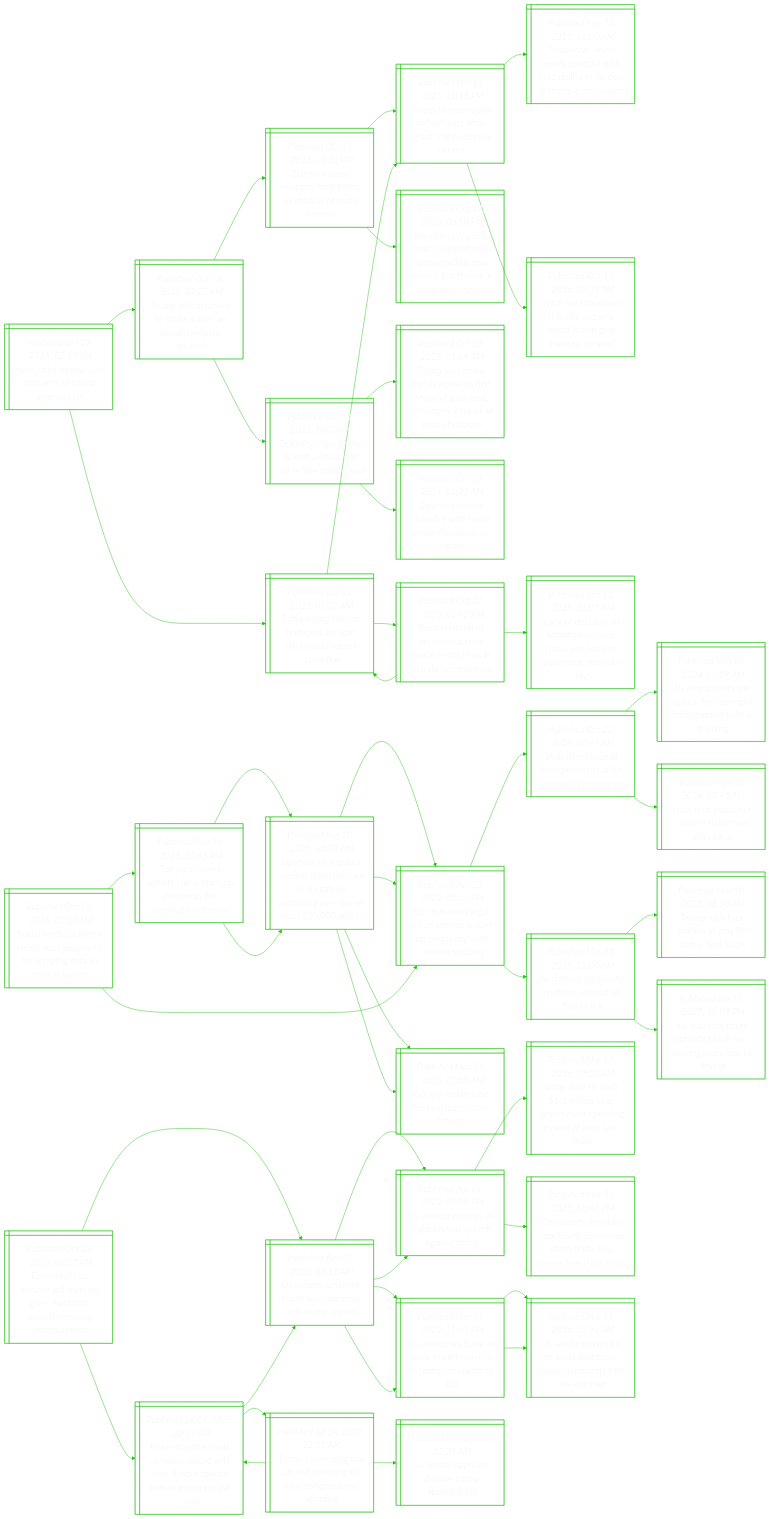
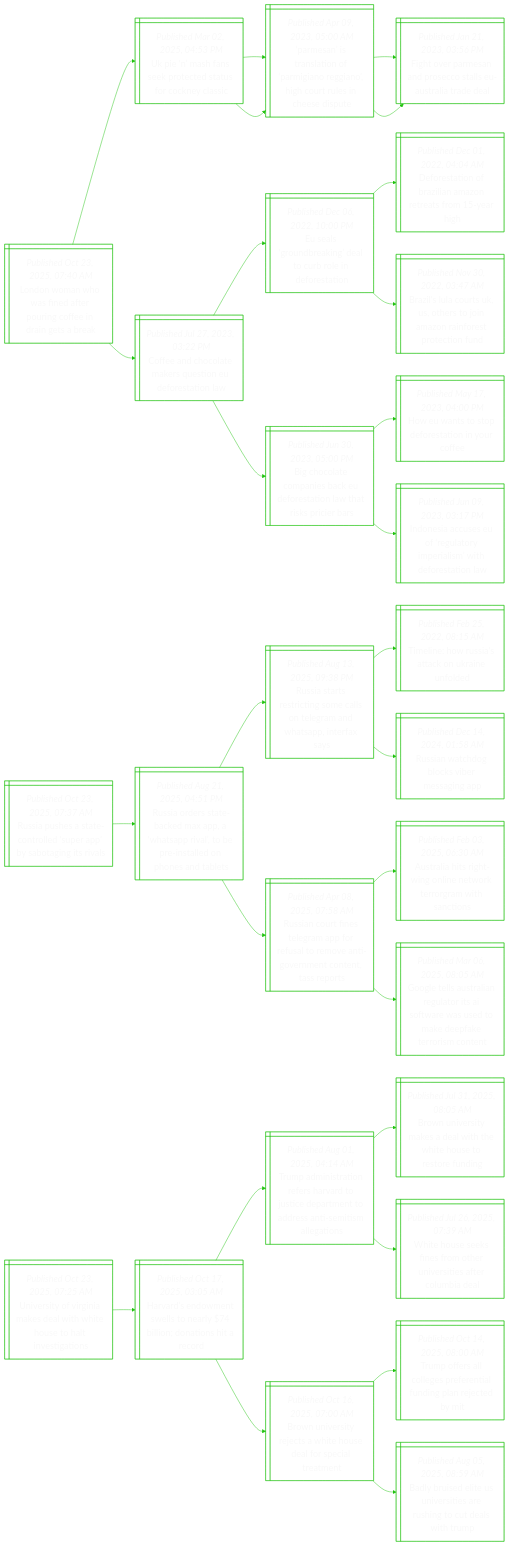
One commit to notJmes/notJmes changed the diagram in README.md. Above: the diagram before and after it, drawn with Mermaid. The commit also changed other lines of this file, not shown here.

````diff
--- a/README.md
+++ b/README.md
@@ -16,142 +16,94 @@
 flowchart LR
 classDef txtsize font-size:20px;
 
-Nhrsonrekt@{ shape: win-pane, label: "_Published Oct 23, 2025, 02:37 AM_
-Nato chief brushes off concerns of trump-zelensky rift" }
-TtZsmdshlss@{ shape: win-pane, label: "_Published Oct 18, 2025, 03:27 AM_
-Trump tells zelensky to ‘make a deal’ as tomahawk plea misfires" }
-Zseafrnouu@{ shape: win-pane, label: "_Published Oct 17, 2025, 10:31 PM_
-Zelensky seeks weapons from trump in shadow of putin summit" }
-Tttndtrttcke@{ shape: win-pane, label: "_Published Oct 16, 2025, 11:15 PM_
-Trump to meet putin in budapest after ‘great’ call to discuss ukraine" }
-Kisnpihniwbelds@{ shape: win-pane, label: "_Published Oct 17, 2025, 06:50 PM_
-Kremlin says putin-trump summit may happen within two weeks, but there’s a lot to do first" }
-Zsguerwkhds@{ shape: win-pane, label: "_Published Oct 11, 2025, 10:10 PM_
-Zelensky urges trump to end ukraine war like in ‘the middle east’" }
-TssHaossaaorslaoe@{ shape: win-pane, label: "_Published Oct 09, 2025, 05:09 AM_
-Trump says israel, hamas agree on first phase of gaza deal, allowing release of all israeli hostages" }
-Zsneitsdsit@{ shape: win-pane, label: "_Published Oct 11, 2024, 01:22 AM_
-Zelensky denies ceasefire with russia under discussion on trip" }
-PTtiaodrieei@{ shape: win-pane, label: "_Published Oct 22, 2025, 01:12 AM_
-Putin-trump talks in budapest on hold after russia rejects ceasefire" }
-Tttndtrttcke@{ shape: win-pane, label: "_Published Oct 16, 2025, 11:15 PM_
-Trump to meet putin in budapest after ‘great’ call to discuss ukraine" }
-Twarntceydtpni@{ shape: win-pane, label: "_Published Aug 16, 2025, 11:00 AM_
-Takeaways: warm words contrast with cold reality of no deal at trump-putin summit" }
-Wramldirieke@{ shape: win-pane, label: "_Published Oct 15, 2025, 08:35 PM_
-What are tomahawk missiles and why might trump give them to ukraine?" }
-Raedikeesivoi@{ shape: win-pane, label: "_Published Oct 22, 2025, 01:52 AM_
-Russia reiterated previous ukraine peace terms to us in private communique" }
-PTtiaodrieei@{ shape: win-pane, label: "_Published Oct 22, 2025, 01:12 AM_
-Putin-trump talks in budapest on hold after russia rejects ceasefire" }
-Lfsnhmuledmeks@{ shape: win-pane, label: "_Published Oct 22, 2025, 01:07 AM_
-Lack of decision on tomahawks made russia less keen on diplomacy, zelensky says" }
+Lnnaeeroiisa@{ shape: win-pane, label: "_Published Oct 23, 2025, 07:40 AM_
+London woman who was fined after pouring coffee in drain gets a break" }
+Unfeoetrna@{ shape: win-pane, label: "_Published Mar 02, 2025, 04:53 PM_
+Uk pie ‘n’ mash fans seek protected status for cockney classic" }
+PstlnragoCries@{ shape: win-pane, label: "_Published Apr 09, 2023, 05:00 AM_
+‘parmesan’ is translation of ‘parmigiano reggiano’, high court rules in cheese dispute" }
+FoaapcaUrtd@{ shape: win-pane, label: "_Published Jan 21, 2023, 03:56 PM_
+Fight over parmesan and prosecco stalls eu-australia trade deal" }
+PstlnragoCries@{ shape: win-pane, label: "_Published Apr 09, 2023, 05:00 AM_
+‘parmesan’ is translation of ‘parmigiano reggiano’, high court rules in cheese dispute" }
+FoaapcaUrtd@{ shape: win-pane, label: "_Published Jan 21, 2023, 03:56 PM_
+Fight over parmesan and prosecco stalls eu-australia trade deal" }
+Cehakuoeso@{ shape: win-pane, label: "_Published Jul 27, 2023, 03:22 PM_
+Coffee and chocolate makers question eu deforestation law" }
+Eluegtbioa@{ shape: win-pane, label: "_Published Dec 06, 2022, 10:00 PM_
+Eu seals ‘groundbreaking’ deal to curb role in deforestation" }
+DeiBlmraor@{ shape: win-pane, label: "_Published Dec 01, 2022, 04:04 AM_
+Deforestation of brazilian amazon retreats from 15-year high" }
+BlatSroaarrtu@{ shape: win-pane, label: "_Published Nov 30, 2022, 03:47 AM_
+Brazil's lula courts uk, us, others to join amazon rainforest protection fund" }
+BotpsEoalakca@{ shape: win-pane, label: "_Published Jun 30, 2023, 05:00 PM_
+Big chocolate companies back eu deforestation law that risks pricier bars" }
+Hwtprtnce@{ shape: win-pane, label: "_Published May 17, 2023, 04:00 PM_
+How eu wants to stop deforestation in your coffee" }
+Iecsraiimdeiw@{ shape: win-pane, label: "_Published Jun 09, 2023, 03:17 PM_
+Indonesia accuses eu of ‘regulatory imperialism’ with deforestation law" }
 
-Nhrsonrekt:::txtsize --> TtZsmdshlss:::txtsize
-TtZsmdshlss:::txtsize --> Zseafrnouu:::txtsize
-Zseafrnouu:::txtsize --> Tttndtrttcke:::txtsize
-Zseafrnouu:::txtsize --> Kisnpihniwbelds:::txtsize
-TtZsmdshlss:::txtsize --> Zsguerwkhds:::txtsize
-Zsguerwkhds:::txtsize --> TssHaossaaorslaoe:::txtsize
-Zsguerwkhds:::txtsize --> Zsneitsdsit:::txtsize
-Nhrsonrekt:::txtsize --> PTtiaodrieei:::txtsize
-PTtiaodrieei:::txtsize --> Tttndtrttcke:::txtsize
-Tttndtrttcke:::txtsize --> Twarntceydtpni:::txtsize
-Tttndtrttcke:::txtsize --> Wramldirieke:::txtsize
-PTtiaodrieei:::txtsize --> Raedikeesivoi:::txtsize
-Raedikeesivoi:::txtsize --> PTtiaodrieei:::txtsize
-Raedikeesivoi:::txtsize --> Lfsnhmuledmeks:::txtsize
+Lnnaeeroiisa:::txtsize --> Unfeoetrna:::txtsize
+Unfeoetrna:::txtsize --> PstlnragoCries:::txtsize
+PstlnragoCries:::txtsize --> FoaapcaUrtd:::txtsize
+Unfeoetrna:::txtsize --> PstlnragoCries:::txtsize
+PstlnragoCries:::txtsize --> FoaapcaUrtd:::txtsize
+Lnnaeeroiisa:::txtsize --> Cehakuoeso:::txtsize
+Cehakuoeso:::txtsize --> Eluegtbioa:::txtsize
+Eluegtbioa:::txtsize --> DeiBlmraor:::txtsize
+Eluegtbioa:::txtsize --> BlatSroaarrtu:::txtsize
+Cehakuoeso:::txtsize --> BotpsEoalakca:::txtsize
+BotpsEoalakca:::txtsize --> Hwtprtnce:::txtsize
+BotpsEoalakca:::txtsize --> Iecsraiimdeiw:::txtsize
 
-Slafesexoadons@{ shape: win-pane, label: "_Published Oct 23, 2025, 02:30 AM_
-Social media platform reddit sues perplexity for scraping data to train ai system" }
-Tpwlutplyogoo@{ shape: win-pane, label: "_Published Aug 26, 2025, 03:45 PM_
-Top japan news outlets sue ai start-up perplexity for copyright violations" }
-JeweihnUtplyuaal@{ shape: win-pane, label: "_Published Aug 10, 2025, 10:39 AM_
-Japanese newspaper yomiuri shimbun sues us ai start-up perplexity over use of about 120,000 articles" }
-BrnaiaArexvnsi@{ shape: win-pane, label: "_Published Jun 20, 2025, 05:15 PM_
-Bbc threatens legal action against ai start-up perplexity over content scraping" }
-GesfeCes@{ shape: win-pane, label: "_Published May 31, 2025, 01:50 AM_
-Google makes case for keeping chrome browser" }
-JeweihnUtplyuaal@{ shape: win-pane, label: "_Published Aug 10, 2025, 10:39 AM_
-Japanese newspaper yomiuri shimbun sues us ai start-up perplexity over use of about 120,000 articles" }
-BrnaiaArexvnsi@{ shape: win-pane, label: "_Published Jun 20, 2025, 05:15 PM_
-Bbc threatens legal action against ai start-up perplexity over content scraping" }
-GesfeCes@{ shape: win-pane, label: "_Published May 31, 2025, 01:50 AM_
-Google makes case for keeping chrome browser" }
-BrnaiaArexvnsi@{ shape: win-pane, label: "_Published Jun 20, 2025, 05:15 PM_
-Bbc threatens legal action against ai start-up perplexity over content scraping" }
-WtJaslyrrinn@{ shape: win-pane, label: "_Published Oct 22, 2024, 10:45 AM_
-Wall street journal sues perplexity ai for copyright infringement" }
-UsrOIogfeoIn@{ shape: win-pane, label: "_Published May 01, 2024, 06:59 AM_
-Us newspapers sue openai for copyright infringement over ai training" }
-HcntehsaI@{ shape: win-pane, label: "_Published Apr 08, 2024, 07:45 AM_
-How tech giants cut corners to harvest data for ai" }
-ArexometTk@{ shape: win-pane, label: "_Published Mar 22, 2025, 11:00 AM_
-Ai start-up perplexity confirms interest to buy tiktok" }
-Tsodiyido@{ shape: win-pane, label: "_Published Mar 10, 2025, 08:50 AM_
-Trump says four bidders in play for tiktok deal ‘soon’" }
-Uropsolnstm@{ shape: win-pane, label: "_Published Jan 17, 2025, 11:09 PM_
-Us supreme court upholds tiktok ban, leaving app’s fate to trump" }
+Raeanlppbisl@{ shape: win-pane, label: "_Published Oct 23, 2025, 07:37 AM_
+Russia pushes a state-controlled ‘super app’ by sabotaging its rivals" }
+RartkXWAvbilnett@{ shape: win-pane, label: "_Published Aug 21, 2025, 04:51 PM_
+Russia orders state-backed max app, a ‘whatsapp rival’, to be pre-installed on phones and tablets" }
+RattimleaWAtx@{ shape: win-pane, label: "_Published Aug 13, 2025, 09:38 PM_
+Russia starts restricting some calls on telegram and whatsapp, interfax says" }
+Tiwitnifd@{ shape: win-pane, label: "_Published Feb 25, 2022, 08:15 AM_
+Timeline: how russia's attack on ukraine unfolded" }
+Racbsraa@{ shape: win-pane, label: "_Published Dec 14, 2024, 01:58 AM_
+Russian watchdog blocks viber messaging app" }
+RareearsregncnSr@{ shape: win-pane, label: "_Published Apr 08, 2025, 07:58 AM_
+Russian court fines telegram app for refusal to remove anti-government content, tass reports" }
+AaignitTrwao@{ shape: win-pane, label: "_Published Feb 03, 2025, 06:30 AM_
+Australia hits right-wing online network terrorgram with sanctions" }
+Gesrnlisastefein@{ shape: win-pane, label: "_Published Mar 06, 2025, 08:05 AM_
+Google tells australian regulator its ai software was used to make deepfake terrorism content" }
 
-Slafesexoadons:::txtsize --> Tpwlutplyogoo:::txtsize
-Tpwlutplyogoo:::txtsize --> JeweihnUtplyuaal:::txtsize
-JeweihnUtplyuaal:::txtsize --> BrnaiaArexvnsi:::txtsize
-JeweihnUtplyuaal:::txtsize --> GesfeCes:::txtsize
-Tpwlutplyogoo:::txtsize --> JeweihnUtplyuaal:::txtsize
-JeweihnUtplyuaal:::txtsize --> BrnaiaArexvnsi:::txtsize
-JeweihnUtplyuaal:::txtsize --> GesfeCes:::txtsize
-Slafesexoadons:::txtsize --> BrnaiaArexvnsi:::txtsize
-BrnaiaArexvnsi:::txtsize --> WtJaslyrrinn:::txtsize
-WtJaslyrrinn:::txtsize --> UsrOIogfeoIn:::txtsize
-WtJaslyrrinn:::txtsize --> HcntehsaI:::txtsize
-BrnaiaArexvnsi:::txtsize --> ArexometTk:::txtsize
-ArexometTk:::txtsize --> Tsodiyido:::txtsize
-ArexometTk:::txtsize --> Uropsolnstm:::txtsize
+Raeanlppbisl:::txtsize --> RartkXWAvbilnett:::txtsize
+RartkXWAvbilnett:::txtsize --> RattimleaWAtx:::txtsize
+RattimleaWAtx:::txtsize --> Tiwitnifd:::txtsize
+RattimleaWAtx:::txtsize --> Racbsraa:::txtsize
+RartkXWAvbilnett:::txtsize --> RareearsregncnSr:::txtsize
+RareearsregncnSr:::txtsize --> AaignitTrwao:::txtsize
+RareearsregncnSr:::txtsize --> Gesrnlisastefein:::txtsize
 
-DrUaergmhepnmn@{ shape: win-pane, label: "_Published Oct 23, 2025, 01:37 AM_
-Democratic us senator jeff merkley gives marathon speech opposing trump agenda" }
-Uamsrhtnue@{ shape: win-pane, label: "_Published Apr 02, 2025, 08:11 AM_
-Us senator smashes record with marathon anti-trump speech" }
-Uaoagoshnu@{ shape: win-pane, label: "_Published Apr 01, 2025, 09:38 PM_
-Us senator mounts all-night protest speech against trump" }
-DistiUennbosu@{ shape: win-pane, label: "_Published Mar 28, 2025, 07:30 AM_
-Doge aims to slash $1.3 trillion in us government spending by end of may, says musk" }
-DrsogmeCttefre@{ shape: win-pane, label: "_Published Mar 31, 2025, 10:41 PM_
-Democratic senators urge trump to revamp china trade ties, revise free trade deals" }
-Uosaervopeg@{ shape: win-pane, label: "_Published Mar 15, 2025, 11:43 PM_
-Us democrats fume as some in party cave in to trump on spending bill" }
-Uasiasoumtnh@{ shape: win-pane, label: "_Published Mar 15, 2025, 06:31 AM_
-Us senate passes bill to avert shutdown, house democrats turn on schumer" }
-Uasiasoumtnh@{ shape: win-pane, label: "_Published Mar 15, 2025, 06:31 AM_
-Us senate passes bill to avert shutdown, house democrats turn on schumer" }
-HmreHrdnoeeTtle@{ shape: win-pane, label: "_Published Jul 04, 2025, 02:34 AM_
-Hakeem jeffries sets us house record with near 9-hour speech before trump tax bill vote" }
-Uamsrhtnue@{ shape: win-pane, label: "_Published Apr 02, 2025, 08:11 AM_
-Us senator smashes record with marathon anti-trump speech" }
-Uaoagoshnu@{ shape: win-pane, label: "_Published Apr 01, 2025, 09:38 PM_
-Us senator mounts all-night protest speech against trump" }
-Uosaervopeg@{ shape: win-pane, label: "_Published Mar 15, 2025, 11:43 PM_
-Us democrats fume as some in party cave in to trump on spending bill" }
-Tspaaegwosar@{ shape: win-pane, label: "_Published Jul 04, 2025, 02:55 AM_
-Trump’s sweeping tax-cut and spending bill wins congressional approval" }
-Uapssrpnl@{ shape: win-pane, label: "_Published Jul 02, 2025, 02:21 AM_
-Us senate approves divisive trump spending bill" }
-HmreHrdnoeeTtle@{ shape: win-pane, label: "_Published Jul 04, 2025, 02:34 AM_
-Hakeem jeffries sets us house record with near 9-hour speech before trump tax bill vote" }
+Urogmdiiuhnio@{ shape: win-pane, label: "_Published Oct 23, 2025, 07:25 AM_
+University of virginia makes deal with white house to halt investigations" }
+Hrdnlnyinnar@{ shape: win-pane, label: "_Published Oct 17, 2025, 03:05 AM_
+Harvard’s endowment swells to nearly $74 billion; donations hit a record" }
+TaiteHruertdaeseo@{ shape: win-pane, label: "_Published Aug 01, 2025, 04:14 AM_
+Trump administration refers harvard to justice department to address anti-semitism allegations" }
+BUrmawhtseei@{ shape: win-pane, label: "_Published Jul 31, 2025, 08:05 AM_
+Brown university makes a deal with the white house to restore funding" }
+WHsfftnssrme@{ shape: win-pane, label: "_Published Jul 26, 2025, 07:39 AM_
+White house seeks fines from other universities after columbia deal" }
+BUrrtiuasaat@{ shape: win-pane, label: "_Published Oct 16, 2025, 07:00 AM_
+Brown university rejects a white house deal for special treatment" }
+TosoeftugrtM@{ shape: win-pane, label: "_Published Oct 14, 2025, 08:00 AM_
+Trump offers all colleges preferential funding plan rejected by mit" }
+BbetnssugtsT@{ shape: win-pane, label: "_Published Aug 05, 2025, 08:59 AM_
+Badly bruised elite us universities are rushing to cut deals with trump" }
 
-DrUaergmhepnmn:::txtsize --> Uamsrhtnue:::txtsize
-Uamsrhtnue:::txtsize --> Uaoagoshnu:::txtsize
-Uaoagoshnu:::txtsize --> DistiUennbosu:::txtsize
-Uaoagoshnu:::txtsize --> DrsogmeCttefre:::txtsize
-Uamsrhtnue:::txtsize --> Uosaervopeg:::txtsize
-Uosaervopeg:::txtsize --> Uasiasoumtnh:::txtsize
-Uosaervopeg:::txtsize --> Uasiasoumtnh:::txtsize
-DrUaergmhepnmn:::txtsize --> HmreHrdnoeeTtle:::txtsize
-HmreHrdnoeeTtle:::txtsize --> Uamsrhtnue:::txtsize
-Uamsrhtnue:::txtsize --> Uaoagoshnu:::txtsize
-Uamsrhtnue:::txtsize --> Uosaervopeg:::txtsize
-HmreHrdnoeeTtle:::txtsize --> Tspaaegwosar:::txtsize
-Tspaaegwosar:::txtsize --> Uapssrpnl:::txtsize
-Tspaaegwosar:::txtsize --> HmreHrdnoeeTtle:::txtsize
+Urogmdiiuhnio:::txtsize --> Hrdnlnyinnar:::txtsize
+Hrdnlnyinnar:::txtsize --> TaiteHruertdaeseo:::txtsize
+TaiteHruertdaeseo:::txtsize --> BUrmawhtseei:::txtsize
+TaiteHruertdaeseo:::txtsize --> WHsfftnssrme:::txtsize
+Hrdnlnyinnar:::txtsize --> BUrrtiuasaat:::txtsize
+BUrrtiuasaat:::txtsize --> TosoeftugrtM:::txtsize
+BUrrtiuasaat:::txtsize --> BbetnssugtsT:::txtsize
 
 ```
````
